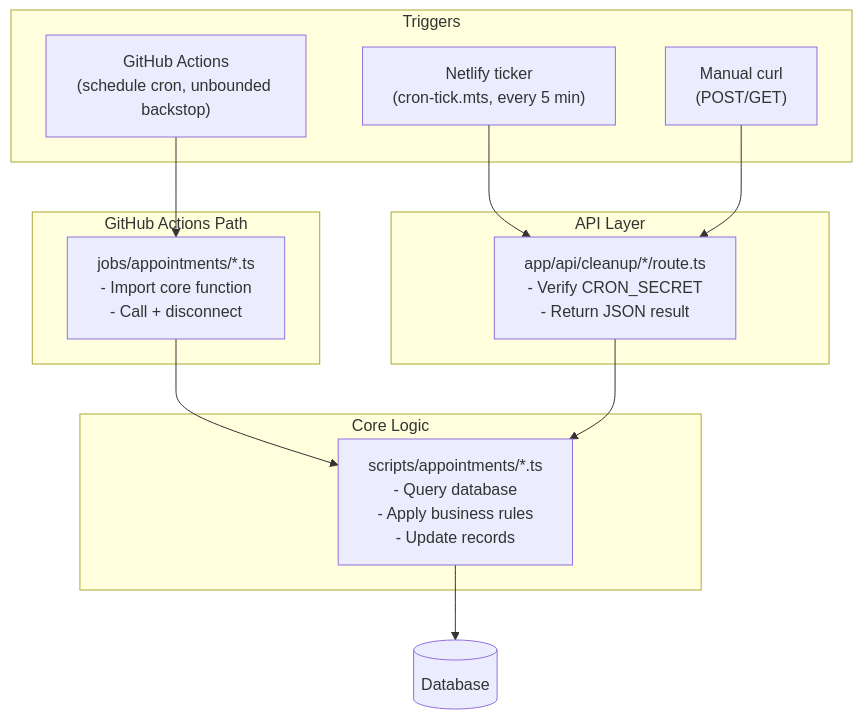
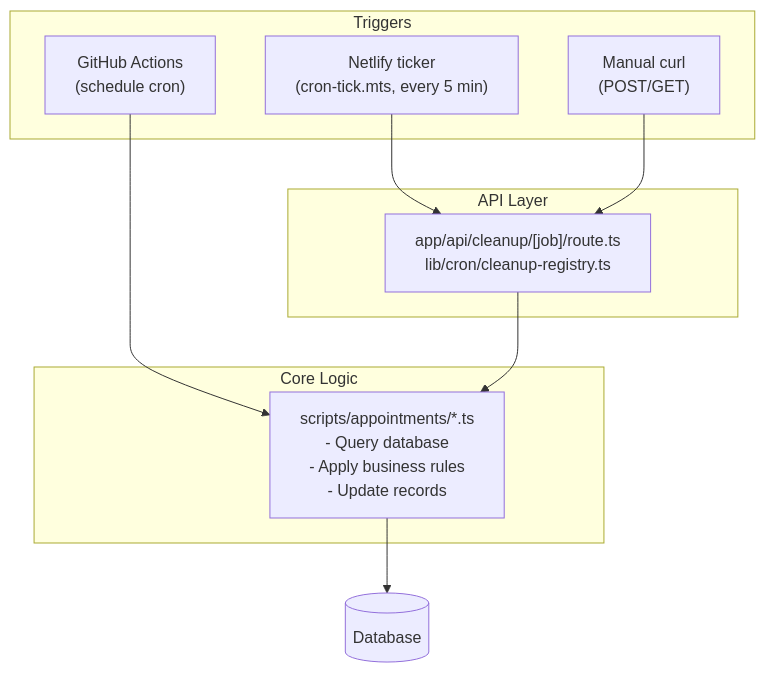
One commit to Practitionist/familiarise_web changed the diagram in docs/booking/13-cron-jobs-and-background-tasks.md. Above: the diagram before and after it, drawn with Mermaid. The commit also changed other lines of this file and 273 other files, not shown here.

````diff
--- a/docs/booking/13-cron-jobs-and-background-tasks.md
+++ b/docs/booking/13-cron-jobs-and-background-tasks.md
@@ -331,27 +329,22 @@
 ```mermaid
 flowchart TD
     subgraph Triggers
-        GHA["GitHub Actions<br/>(schedule cron, unbounded backstop)"]
+        GHA["GitHub Actions<br/>(schedule cron)"]
         TICK["Netlify ticker<br/>(cron-tick.mts, every 5 min)"]
         MANUAL["Manual curl<br/>(POST/GET)"]
     end
 
     subgraph "API Layer"
-        ROUTE["app/api/cleanup/*/route.ts<br/>- Verify CRON_SECRET<br/>- Return JSON result"]
+        ROUTE["app/api/cleanup/[job]/route.ts<br/>lib/cron/cleanup-registry.ts"]
     end
 
     subgraph "Core Logic"
         SCRIPT["scripts/appointments/*.ts<br/>- Query database<br/>- Apply business rules<br/>- Update records"]
     end
 
-    subgraph "GitHub Actions Path"
-        JOB["jobs/appointments/*.ts<br/>- Import core function<br/>- Call + disconnect"]
-    end
-
-    GHA --> JOB
+    GHA --> SCRIPT
     TICK --> ROUTE
     MANUAL --> ROUTE
-    JOB --> SCRIPT
     ROUTE --> SCRIPT
     SCRIPT --> DB[(Database)]
 ```
````
